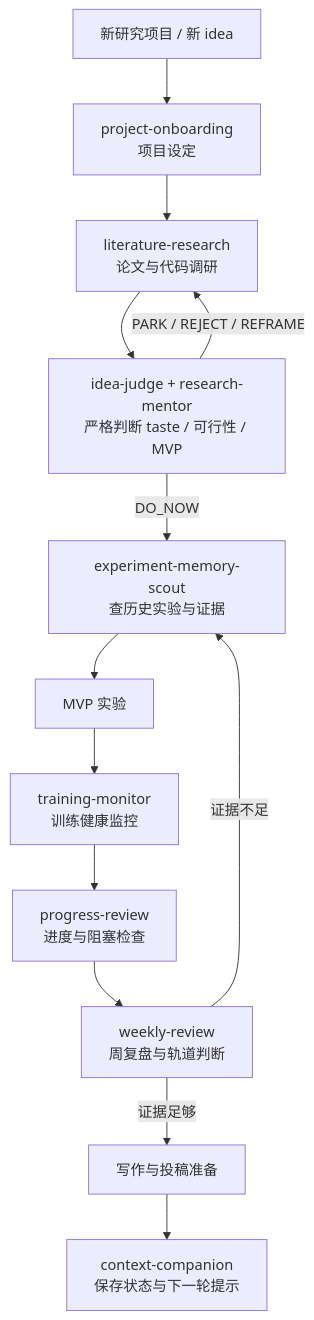
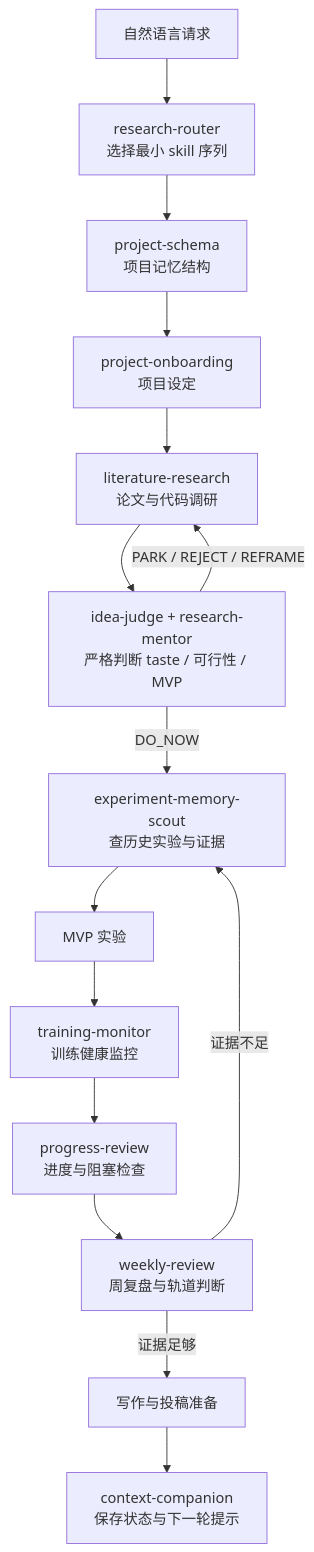
Before and after one commit to zengleilei123/ai-research-companion-codex-plugin: the first of 2 diagrams in README.md, drawn with Mermaid. The commit also changed other lines of this file and 20 other files, not shown here.

Commit message:
feat: add schema router and monitoring automation

````diff
--- a/README.md
+++ b/README.md
@@ -26,15 +26,17 @@
 ```mermaid
 flowchart TD
-    A["新研究项目 / 新 idea"] --> B["project-onboarding<br/>项目设定"]
+    A["自然语言请求"] --> R["research-router<br/>选择最小 skill 序列"]
+    R --> S["project-schema<br/>项目记忆结构"]
+    S --> B["project-onboarding<br/>项目设定"]
     B --> C["literature-research<br/>论文与代码调研"]
     C --> D["idea-judge + research-mentor<br/>严格判断 taste / 可行性 / MVP"]
     D -->|"DO_NOW"| E["experiment-memory-scout<br/>查历史实验与证据"]
     D -->|"PARK / REJECT / REFRAME"| C
     E --> F["MVP 实验"]
     F --> G["training-monitor<br/>训练健康监控"]
     G --> H["progress-review<br/>进度与阻塞检查"]
     H --> I["weekly-review<br/>周复盘与轨道判断"]
     I -->|"证据足够"| J["写作与投稿准备"]
     I -->|"证据不足"| E
     J --> K["context-companion<br/>保存状态与下一轮提示"]
 ```
````
